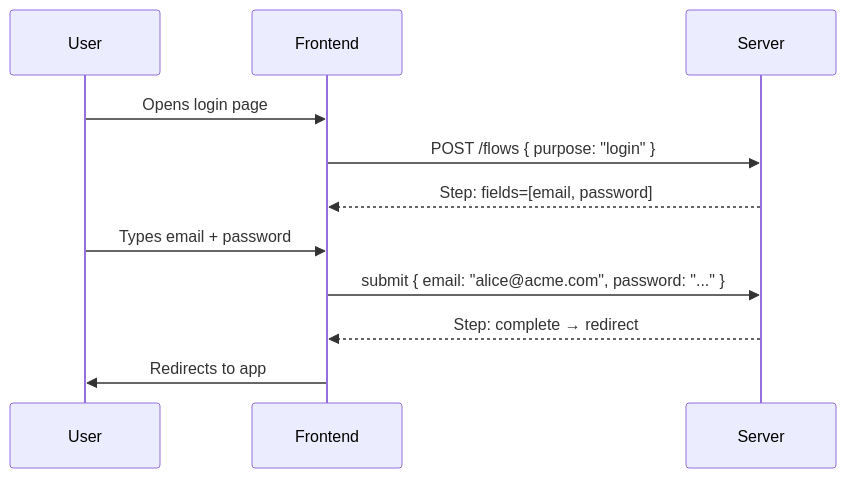
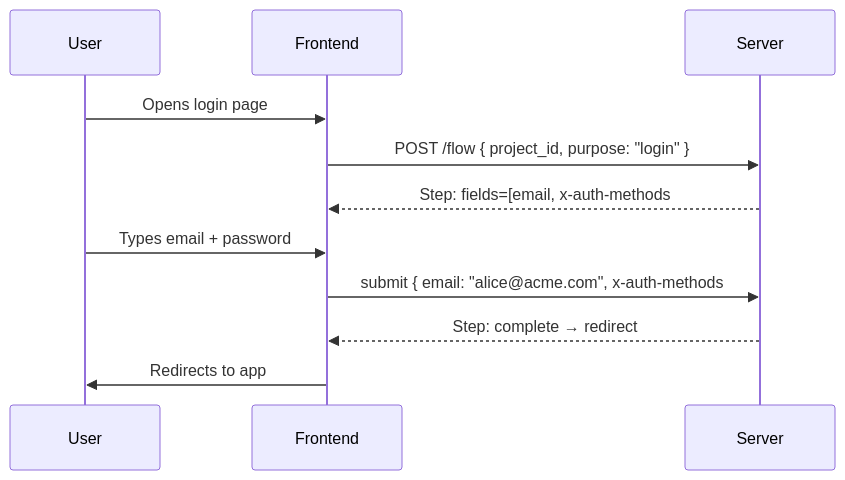
Before and after one commit to zitadel/nextgen: the first of 8 diagrams in docs/design/flowengine/flow-engine-guide.md, drawn with Mermaid. The commit also changed other lines of this file and 42 other files, not shown here.

````diff
--- a/docs/design/flowengine/flow-engine-guide.md
+++ b/docs/design/flowengine/flow-engine-guide.md
@@ -18,14 +18,14 @@
 ```mermaid
 sequenceDiagram
     participant User
     participant Frontend
     participant Server
 
     User->>Frontend: Opens login page
-    Frontend->>Server: POST /flows { purpose: "login" }
-    Server-->>Frontend: Step: fields=[email, password]
+    Frontend->>Server: POST /flow { project_id, purpose: "login" }
+    Server-->>Frontend: Step: fields=[email, x-auth-methods#password]
     User->>Frontend: Types email + password
-    Frontend->>Server: submit { email: "alice@acme.com", password: "..." }
+    Frontend->>Server: submit { email: "alice@acme.com", x-auth-methods#password: "..." }
     Server-->>Frontend: Step: complete → redirect
     Frontend->>User: Redirects to app
 ```
````
